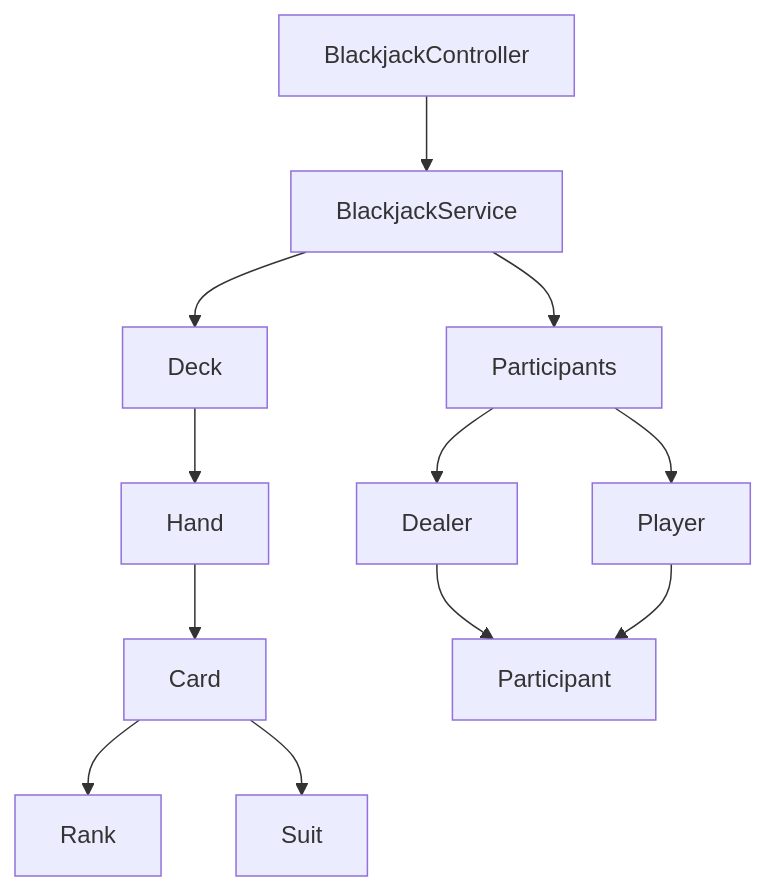
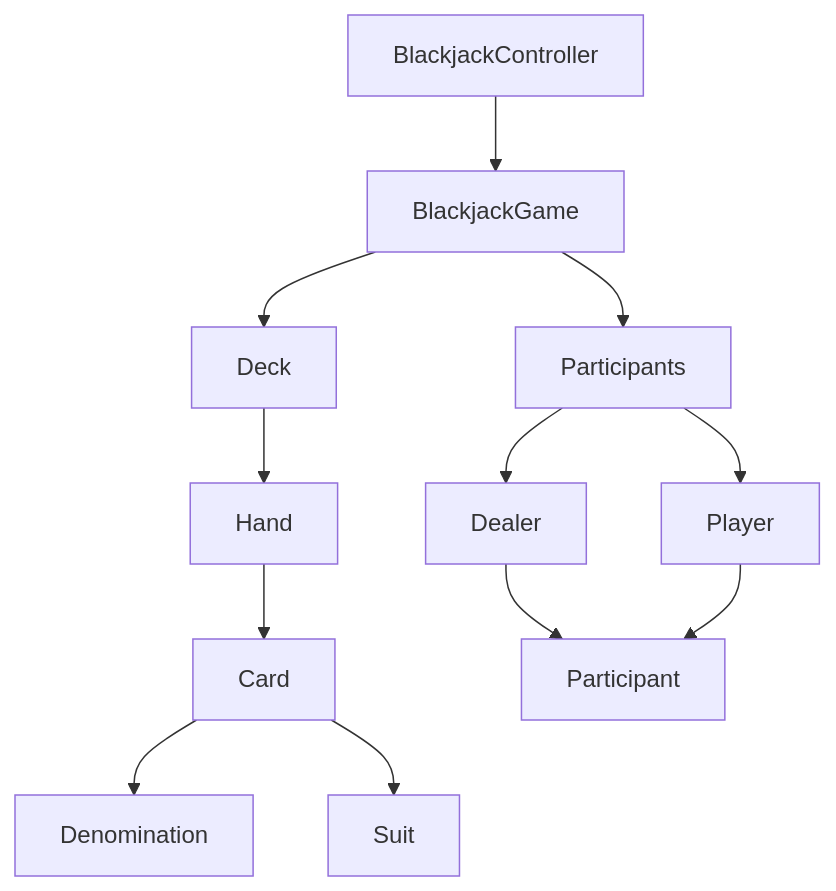
One commit to woowacourse/java-blackjack changed the diagram in docs/README.md. Above: the diagram before and after it, drawn with Mermaid. The commit also changed other lines of this file, not shown here.

Commit message:
docs: 기능 명세 업데이트

````diff
--- a/docs/README.md
+++ b/docs/README.md
@@ -39,20 +44,20 @@
 ```mermaid
 graph TD
 
-    BlackjackController --> BlackjackService
+    BlackjackController --> BlackjackGame
     
-    BlackjackService --> Participants
-    BlackjackService --> Deck
+    BlackjackGame --> Participants
+    BlackjackGame --> Deck
 
     Deck --> Hand
     Hand --> Card
-    Card --> Rank
+    Card --> Denomination
     Card --> Suit
 
     Participants --> Player
     Participants --> Dealer
 
     Dealer --> Participant
     Player --> Participant
     
 ```
````
